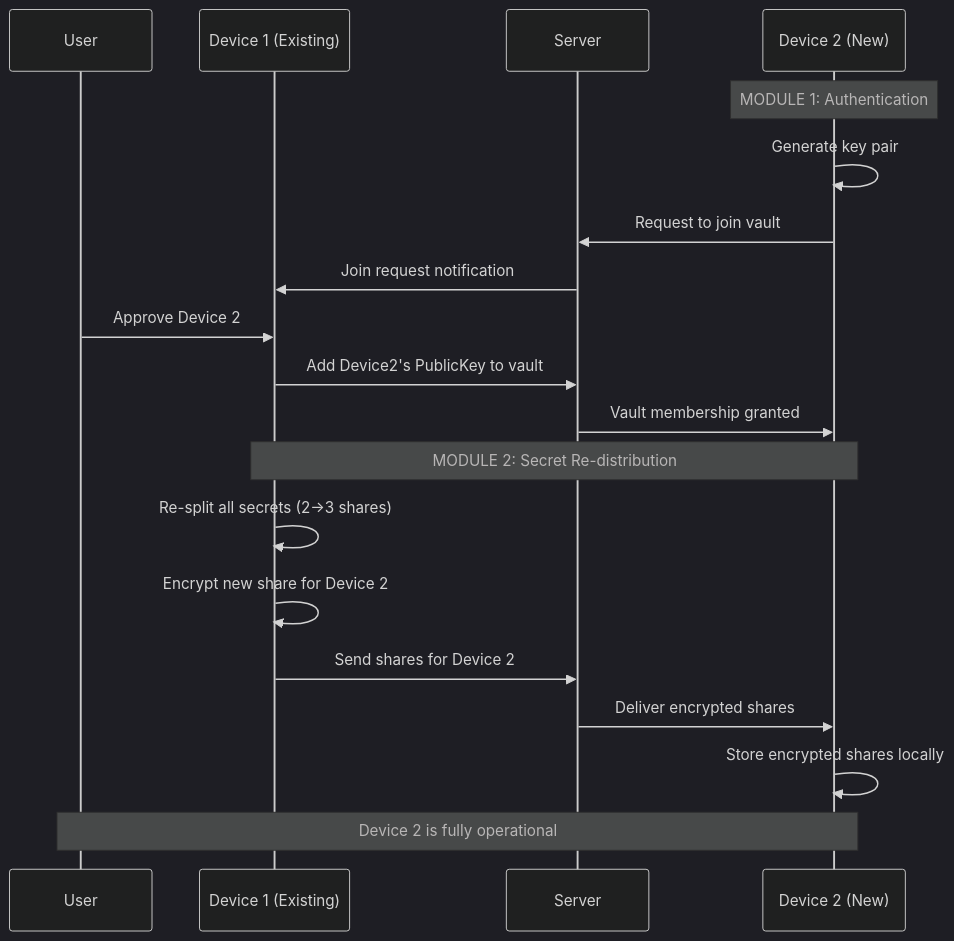
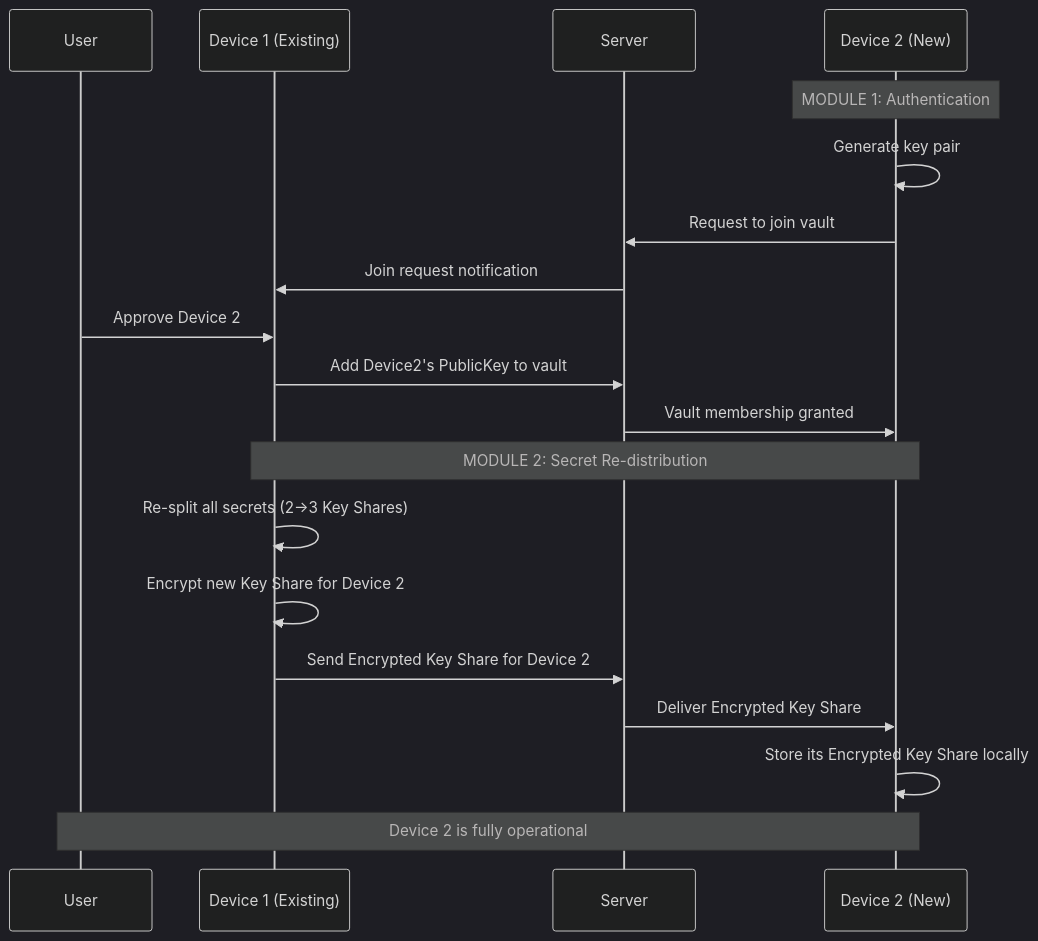
The ninth of 14 diagrams in docs/meta-secret-technical-presentation.md (meta-secret/meta-secret-core), drawn with Mermaid (dark theme) before and after one commit. The commit also changed other lines of this file and 12 other files, not shown here.

First line of the commit message:
docs: align Key Share and Master Key terminology (#150)

````diff
--- a/docs/meta-secret-technical-presentation.md
+++ b/docs/meta-secret-technical-presentation.md
@@ -495,26 +495,26 @@
 ```mermaid
 sequenceDiagram
     participant U as User
     participant D1 as Device 1 (Existing)
     participant S as Server
     participant D2 as Device 2 (New)
 
     Note over D2: MODULE 1: Authentication
     
     D2->>D2: Generate key pair
     D2->>S: Request to join vault
     S->>D1: Join request notification
     U->>D1: Approve Device 2
     D1->>S: Add Device2's PublicKey to vault
     S->>D2: Vault membership granted
     
     Note over D1,D2: MODULE 2: Secret Re-distribution
     
-    D1->>D1: Re-split all secrets (2→3 shares)
-    D1->>D1: Encrypt new share for Device 2
-    D1->>S: Send shares for Device 2
-    S->>D2: Deliver encrypted shares
-    D2->>D2: Store encrypted shares locally
+    D1->>D1: Re-split all secrets (2→3 Key Shares)
+    D1->>D1: Encrypt new Key Share for Device 2
+    D1->>S: Send Encrypted Key Share for Device 2
+    S->>D2: Deliver Encrypted Key Share
+    D2->>D2: Store its Encrypted Key Share locally
     
     Note over U,D2: Device 2 is fully operational
 ```
````
